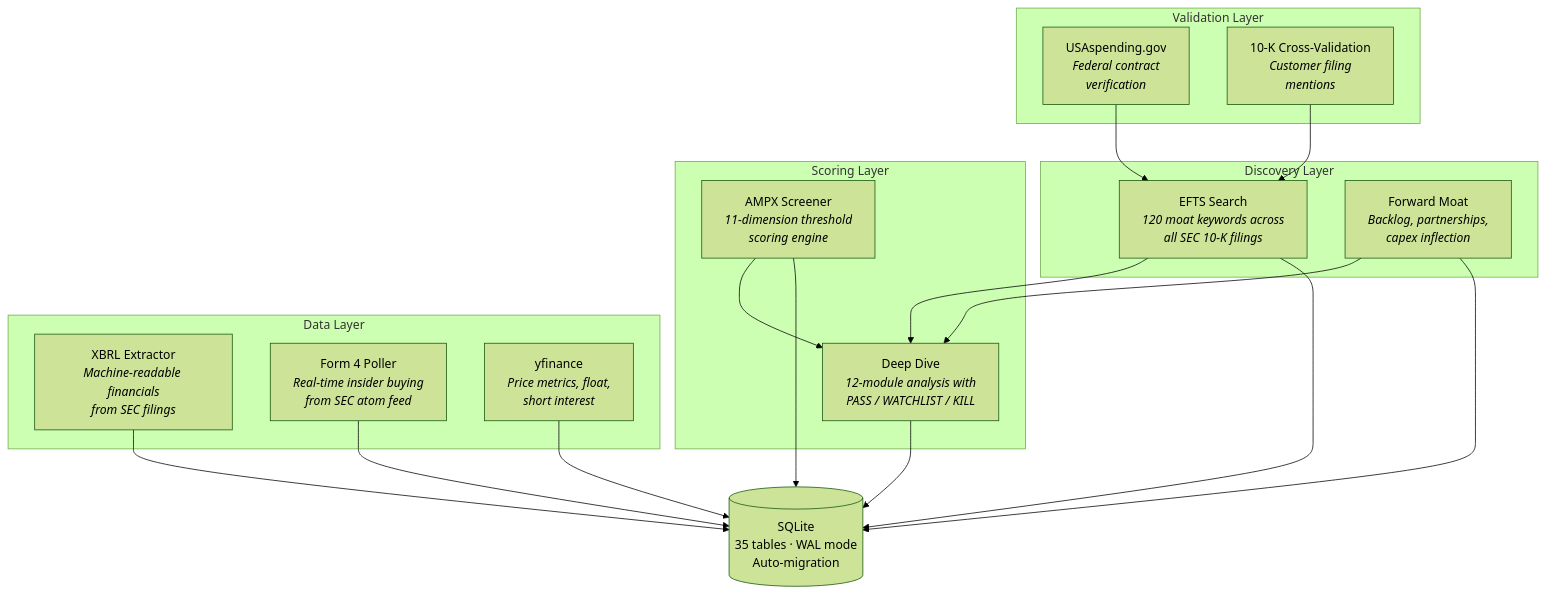
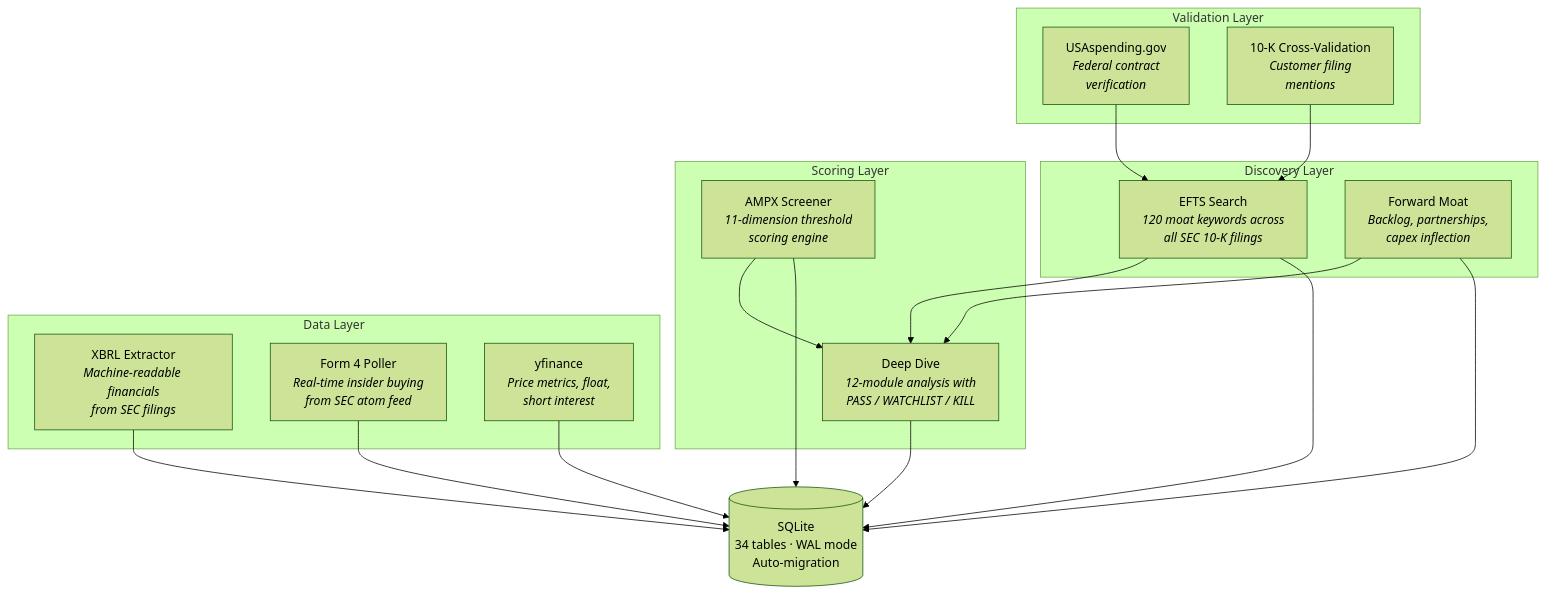
The diagram in README.md (Pdong19/edgar-scanner), drawn with Mermaid (forest theme) before and after one commit. The commit also changed other lines of this file, not shown here.

````diff
--- a/README.md
+++ b/README.md
@@ -13,38 +13,38 @@
 ```mermaid
 graph TB
     subgraph Discovery ["Discovery Layer"]
         EFTS["EFTS Search<br/><i>120 moat keywords across<br/>all SEC 10-K filings</i>"]
         FM["Forward Moat<br/><i>Backlog, partnerships,<br/>capex inflection</i>"]
     end
 
     subgraph Scoring ["Scoring Layer"]
         AMPX["AMPX Screener<br/><i>11-dimension threshold<br/>scoring engine</i>"]
         DD["Deep Dive<br/><i>12-module analysis with<br/>PASS / WATCHLIST / KILL</i>"]
     end
 
     subgraph Data ["Data Layer"]
         XBRL["XBRL Extractor<br/><i>Machine-readable financials<br/>from SEC filings</i>"]
         F4["Form 4 Poller<br/><i>Real-time insider buying<br/>from SEC atom feed</i>"]
         YF["yfinance<br/><i>Price metrics, float,<br/>short interest</i>"]
     end
 
     subgraph Validation ["Validation Layer"]
         GOV["USAspending.gov<br/><i>Federal contract<br/>verification</i>"]
         XVAL["10-K Cross-Validation<br/><i>Customer filing<br/>mentions</i>"]
     end
 
-    DB[("SQLite<br/>35 tables · WAL mode<br/>Auto-migration")]
+    DB[("SQLite<br/>34 tables · WAL mode<br/>Auto-migration")]
 
     EFTS --> DD
     FM --> DD
     AMPX --> DD
     GOV --> EFTS
     XVAL --> EFTS
     XBRL --> DB
     F4 --> DB
     YF --> DB
     AMPX --> DB
     DD --> DB
     EFTS --> DB
     FM --> DB
 ```
````
